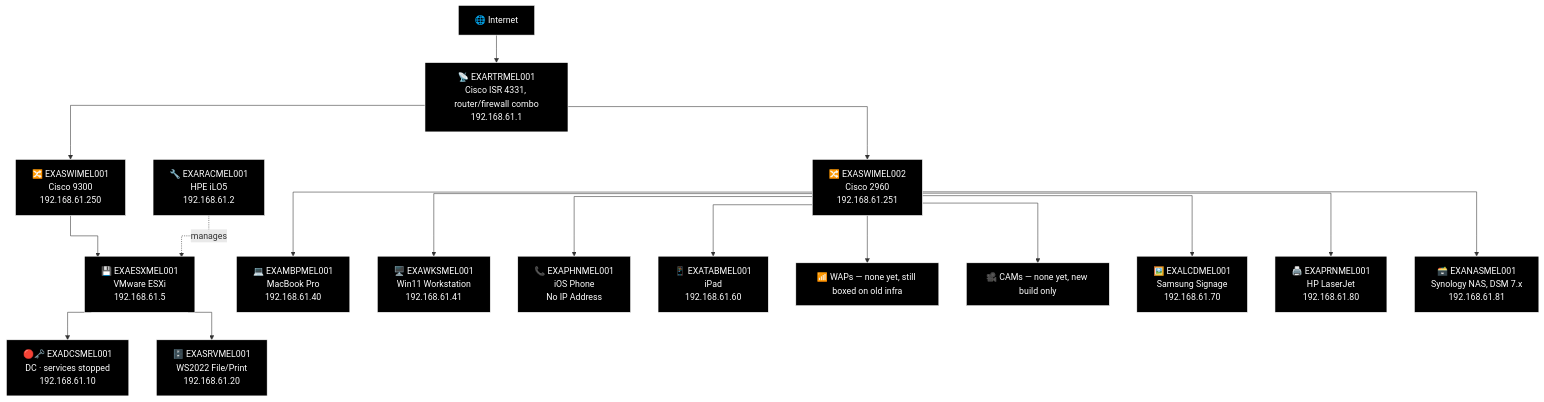
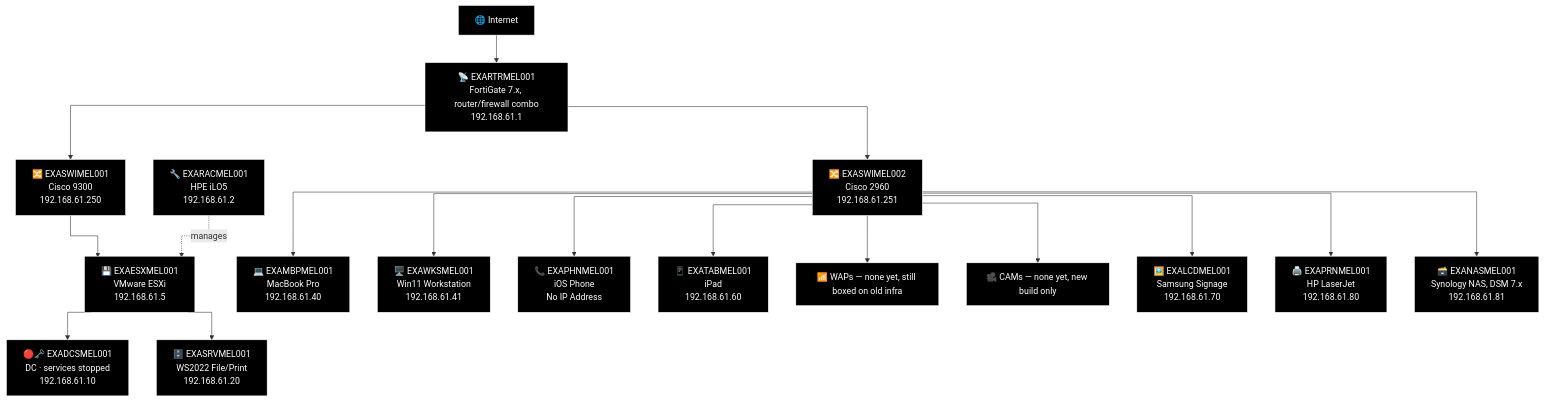
One commit to knightmare2600/example_music_infra changed the fourth of 6 diagrams in docs/network-diagram/australia.md. Above: the diagram before and after it, drawn with Mermaid. The commit also changed other lines of this file and 5 other files, not shown here.

````diff
--- a/docs/network-diagram/australia.md
+++ b/docs/network-diagram/australia.md
@@ -219,57 +219,57 @@
 ```mermaid
 %%{init: {'flowchart': {'curve': 'stepAfter'}}}%%
 graph TD
     O_INET["🌐 Internet"]
-    O_RTR["📡 EXARTRMEL001<br/>Cisco ISR 4331, router/firewall combo<br/>192.168.61.1"]
+    O_RTR["📡 EXARTRMEL001<br/>FortiGate 7.x, router/firewall combo<br/>192.168.61.1"]
     O_INET --> O_RTR
     O_SW1["🔀 EXASWIMEL001<br/>Cisco 9300<br/>192.168.61.250"]
     O_SW2["🔀 EXASWIMEL002<br/>Cisco 2960<br/>192.168.61.251"]
     O_RTR --> O_SW1
     O_RTR --> O_SW2
 
     O_RAC["🔧 EXARACMEL001<br/>HPE iLO5<br/>192.168.61.2"]
     O_ESX["💾 EXAESXMEL001<br/>VMware ESXi<br/>192.168.61.5"]
     O_DC["🔴🗝️ EXADCSMEL001<br/>DC · services stopped<br/>192.168.61.10"]
     O_SRV["🗄️ EXASRVMEL001<br/>WS2022 File/Print<br/>192.168.61.20"]
     O_SW1 --> O_ESX
     O_RAC -.->|"manages"| O_ESX
     O_ESX --> O_DC
     O_ESX --> O_SRV
 
     O_MBP["💻 EXAMBPMEL001<br/>MacBook Pro<br/>192.168.61.40"]
     O_WKS["🖥️ EXAWKSMEL001<br/>Win11 Workstation<br/>192.168.61.41"]
     O_PHN["📞 EXAPHNMEL001<br/>iOS Phone<br/>No IP Address"]
     O_TAB["📱 EXATABMEL001<br/>iPad<br/>192.168.61.60"]
     O_WAP["📶 WAPs — none yet, still boxed on old infra"]
     O_CAM["🎥 CAMs — none yet, new build only"]
     O_LCD["🖼️ EXALCDMEL001<br/>Samsung Signage<br/>192.168.61.70"]
     O_PRN["🖨️ EXAPRNMEL001<br/>HP LaserJet<br/>192.168.61.80"]
     O_NAS["🗃️ EXANASMEL001<br/>Synology NAS, DSM 7.x<br/>192.168.61.81"]
     O_SW2 --> O_MBP
     O_SW2 --> O_WKS
     O_SW2 --> O_PHN
     O_SW2 --> O_TAB
     O_SW2 --> O_WAP
     O_SW2 --> O_CAM
     O_SW2 --> O_LCD
     O_SW2 --> O_PRN
     O_SW2 --> O_NAS
 
     style O_INET fill:#000000,stroke:#FFFFFF,color:#FFFFFF
     style O_RTR fill:#000000,stroke:#FFFFFF,color:#FFFFFF
     style O_SW1 fill:#000000,stroke:#FFFFFF,color:#FFFFFF
     style O_SW2 fill:#000000,stroke:#FFFFFF,color:#FFFFFF
     style O_RAC fill:#000000,stroke:#FFFFFF,color:#FFFFFF
     style O_ESX fill:#000000,stroke:#FFFFFF,color:#FFFFFF
     style O_DC fill:#000000,stroke:#FFFFFF,color:#FFFFFF
     style O_SRV fill:#000000,stroke:#FFFFFF,color:#FFFFFF
     style O_MBP fill:#000000,stroke:#FFFFFF,color:#FFFFFF
     style O_WKS fill:#000000,stroke:#FFFFFF,color:#FFFFFF
     style O_PHN fill:#000000,stroke:#FFFFFF,color:#FFFFFF
     style O_TAB fill:#000000,stroke:#FFFFFF,color:#FFFFFF
     style O_WAP fill:#000000,stroke:#FFFFFF,color:#FFFFFF
     style O_CAM fill:#000000,stroke:#FFFFFF,color:#FFFFFF
     style O_LCD fill:#000000,stroke:#FFFFFF,color:#FFFFFF
     style O_PRN fill:#000000,stroke:#FFFFFF,color:#FFFFFF
     style O_NAS fill:#000000,stroke:#FFFFFF,color:#FFFFFF
 ```
````
